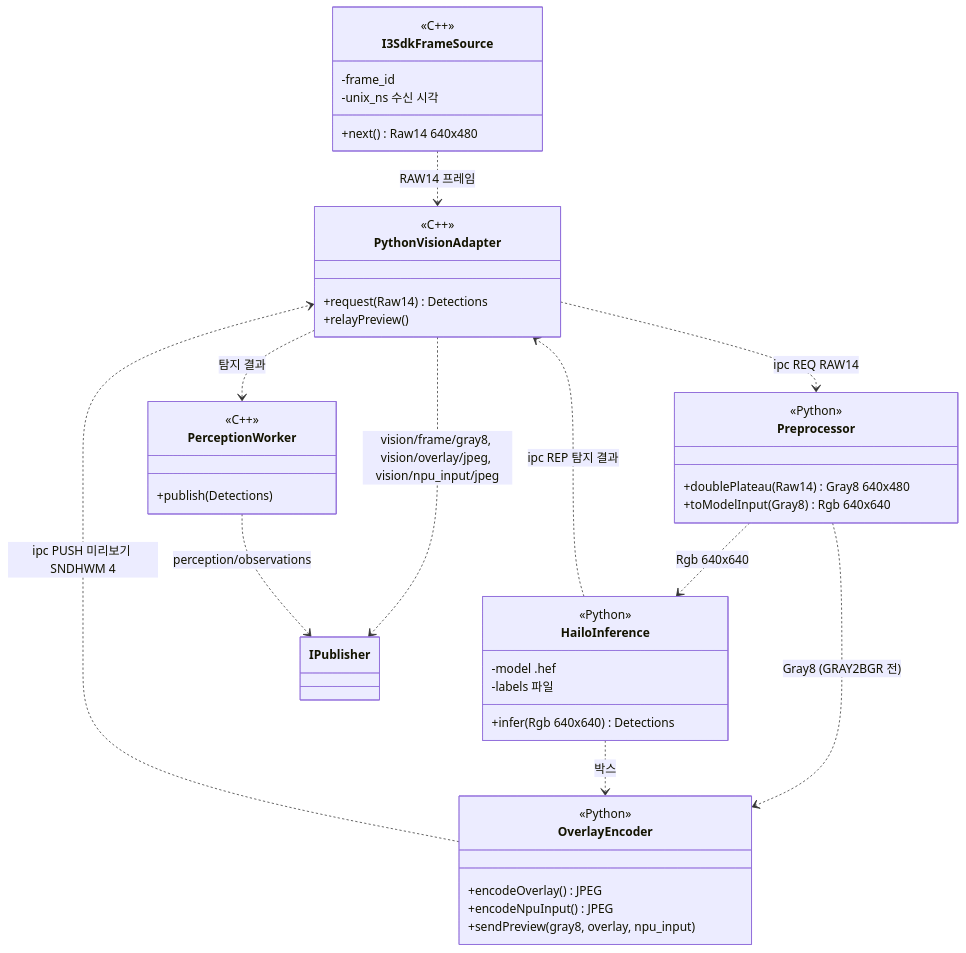
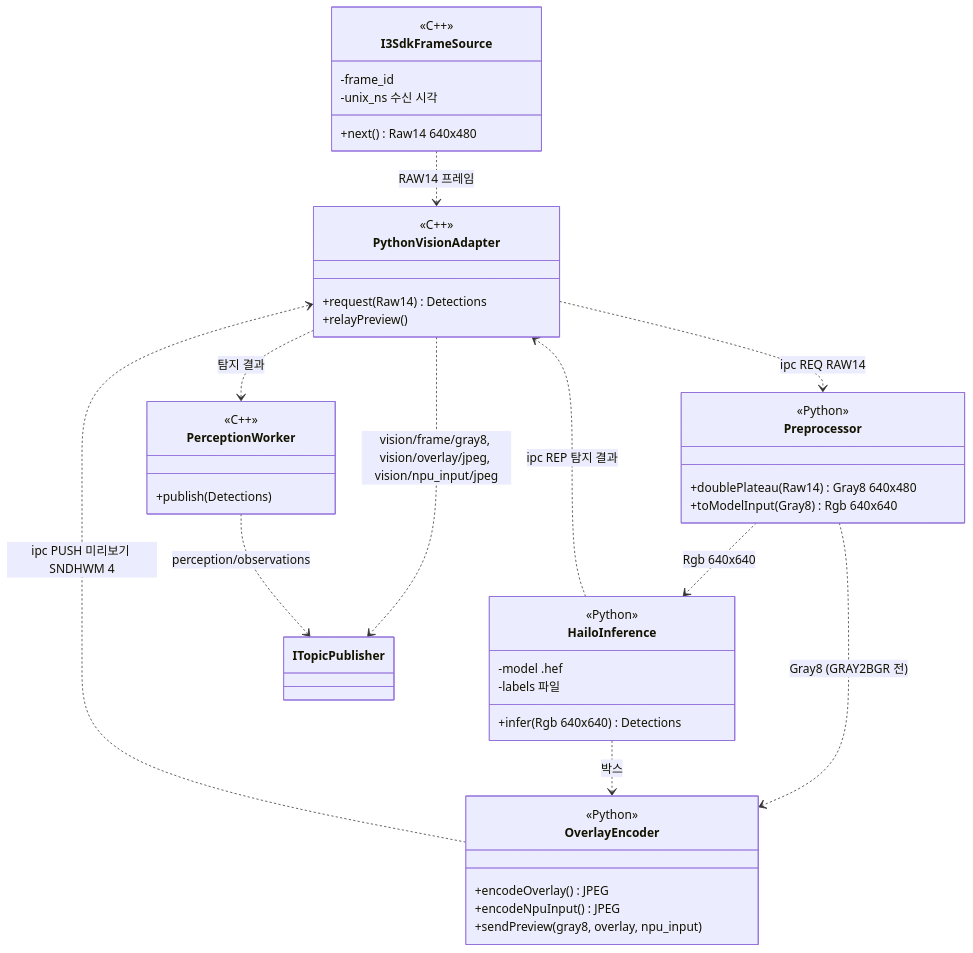
Before and after one commit to lig-argus/argus-edge-vision: the diagram in docs/design/uml/class_vision.md, drawn with Mermaid. The commit also changed other lines of this file and 7 other files, not shown here.

````diff
--- a/docs/design/uml/class_vision.md
+++ b/docs/design/uml/class_vision.md
@@ -10,46 +10,46 @@
 ```mermaid
 classDiagram
     class I3SdkFrameSource {
         <<C++>>
         +next() Raw14 640x480
         -frame_id
         -unix_ns 수신 시각
     }
     class PythonVisionAdapter {
         <<C++>>
         +request(Raw14) Detections
         +relayPreview()
     }
     class PerceptionWorker {
         <<C++>>
         +publish(Detections)
     }
     class Preprocessor {
         <<Python>>
         +doublePlateau(Raw14) Gray8 640x480
         +toModelInput(Gray8) Rgb 640x640
     }
     class HailoInference {
         <<Python>>
         -model .hef
         -labels 파일
         +infer(Rgb 640x640) Detections
     }
     class OverlayEncoder {
         <<Python>>
         +encodeOverlay() JPEG
         +encodeNpuInput() JPEG
         +sendPreview(gray8, overlay, npu_input)
     }
 
     I3SdkFrameSource ..> PythonVisionAdapter : RAW14 프레임
     PythonVisionAdapter ..> Preprocessor : ipc REQ RAW14
     Preprocessor ..> HailoInference : Rgb 640x640
     Preprocessor ..> OverlayEncoder : Gray8 (GRAY2BGR 전)
     HailoInference ..> PythonVisionAdapter : ipc REP 탐지 결과
     HailoInference ..> OverlayEncoder : 박스
     OverlayEncoder ..> PythonVisionAdapter : ipc PUSH 미리보기 SNDHWM 4
     PythonVisionAdapter ..> PerceptionWorker : 탐지 결과
-    PythonVisionAdapter ..> IPublisher : vision/frame/gray8, vision/overlay/jpeg, vision/npu_input/jpeg
-    PerceptionWorker ..> IPublisher : perception/observations
+    PythonVisionAdapter ..> ITopicPublisher : vision/frame/gray8, vision/overlay/jpeg, vision/npu_input/jpeg
+    PerceptionWorker ..> ITopicPublisher : perception/observations
 ```
````
